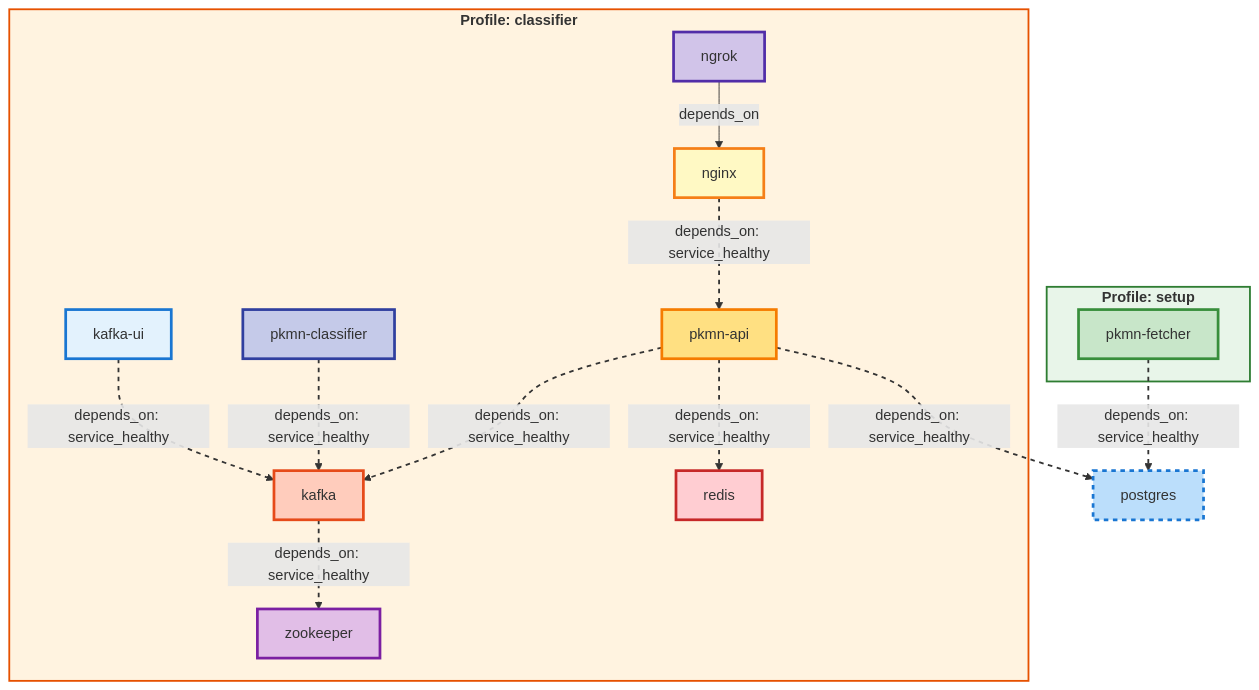
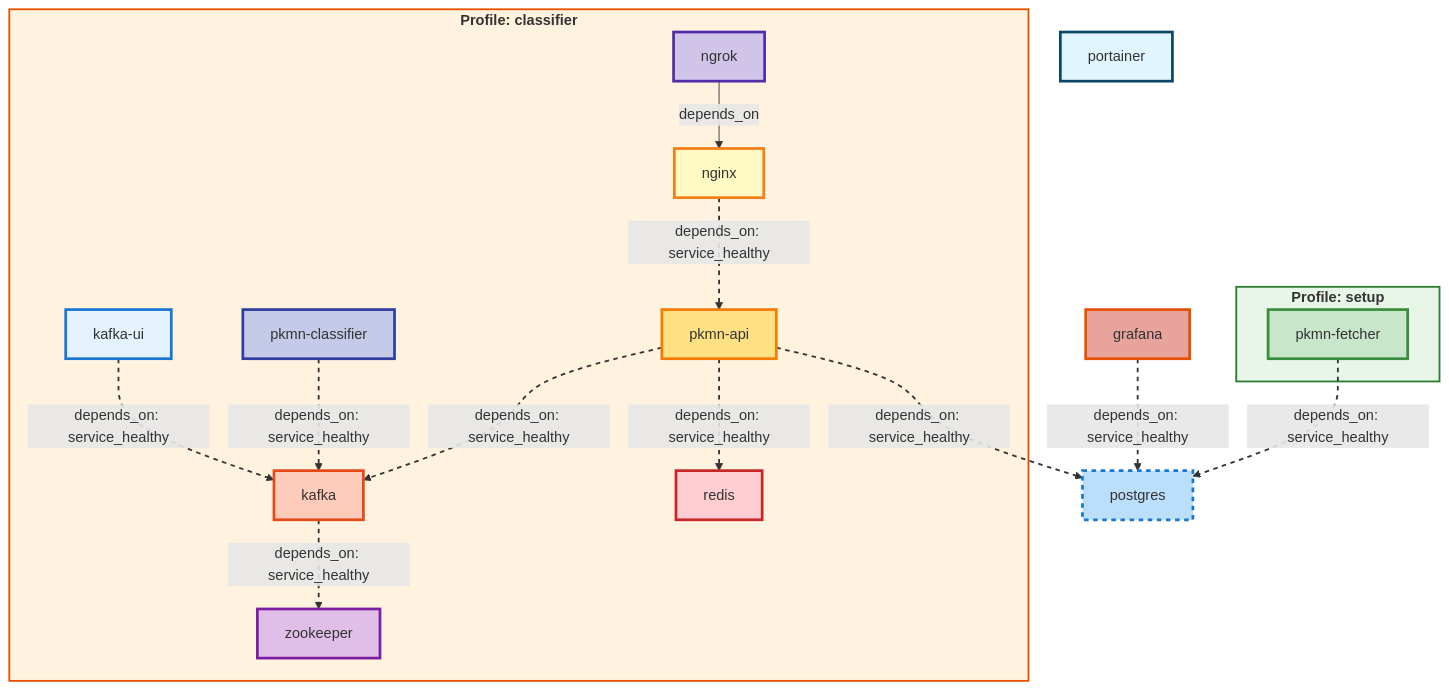
Before and after one commit to mbofos01/pokedex: the diagram in README.md, drawn with Mermaid. The commit also changed other lines of this file and 1 other file, not shown here.

````diff
--- a/README.md
+++ b/README.md
@@ -10,49 +10,56 @@
 ```mermaid
 %%{init: {"theme": "default", "themeVariables": {"background":"#ffffff"}}}%%
     graph TD
       subgraph Profile_setup[<b>Profile: setup</b>]
         pkmn-fetcher:::custom_pkmn-fetcher
       end
       subgraph Profile_classifier[<b>Profile: classifier</b>]
         zookeeper:::custom_zookeeper
         kafka:::custom_kafka
         redis:::custom_redis
         pkmn-api:::custom_pkmn-api
         pkmn-classifier:::custom_pkmn-classifier
         kafka-ui:::custom_kafka-ui
         nginx:::custom_nginx
         ngrok:::custom_ngrok
       end
       postgres:::custom_postgres
+      portainer:::custom_portainer
+      grafana:::custom_grafana
       pkmn-fetcher -->|depends_on: service_healthy| postgres
       kafka -->|depends_on: service_healthy| zookeeper
       pkmn-api -->|depends_on: service_healthy| postgres
       pkmn-api -->|depends_on: service_healthy| kafka
       pkmn-api -->|depends_on: service_healthy| redis
       pkmn-classifier -->|depends_on: service_healthy| kafka
       kafka-ui -->|depends_on: service_healthy| kafka
       nginx -->|depends_on: service_healthy| pkmn-api
       ngrok -->|depends_on| nginx
+      grafana -->|depends_on: service_healthy| postgres
       classDef profileService fill:#FFF9C4,stroke:#F57F17,stroke-width:2px;
       classDef multiProfileService fill:#FFE082,stroke:#E65100,stroke-width:3px,stroke-dasharray: 5 5;
       classDef custom_postgres fill:#BBDEFB,stroke:#1976D2,stroke-width:3px,stroke-dasharray: 5 5;
       classDef custom_pkmn-fetcher fill:#C8E6C9,stroke:#388E3C,stroke-width:3px;
       classDef custom_zookeeper fill:#E1BEE7,stroke:#7B1FA2,stroke-width:3px;
       classDef custom_kafka fill:#FFCCBC,stroke:#E64A19,stroke-width:3px;
       classDef custom_redis fill:#FFCDD2,stroke:#C62828,stroke-width:3px;
       classDef custom_pkmn-api fill:#FFE082,stroke:#F57C00,stroke-width:3px;
       classDef custom_pkmn-classifier fill:#C5CAE9,stroke:#303F9F,stroke-width:3px;
       classDef custom_kafka-ui fill:#E3F2FD,stroke:#1976D2,stroke-width:3px;
       classDef custom_nginx fill:#FFF9C4,stroke:#F57F17,stroke-width:3px;
       classDef custom_ngrok fill:#D1C4E9,stroke:#512DA8,stroke-width:3px;
+      classDef custom_portainer fill:#E1F5FE,stroke:#0c4667ff,stroke-width:3px;
+      classDef custom_grafana fill:#cc382b76,stroke:#E65100,stroke-width:3px;
       style Profile_setup fill:#E8F5E9,stroke:#2E7D32,stroke-width:2px
       style Profile_classifier fill:#FFF3E0,stroke:#E65100,stroke-width:2px
       linkStyle 0 stroke-width:2px,stroke-dasharray:5 5
       linkStyle 1 stroke-width:2px,stroke-dasharray:5 5
       linkStyle 2 stroke-width:2px,stroke-dasharray:5 5
       linkStyle 3 stroke-width:2px,stroke-dasharray:5 5
       linkStyle 4 stroke-width:2px,stroke-dasharray:5 5
       linkStyle 5 stroke-width:2px,stroke-dasharray:5 5
       linkStyle 6 stroke-width:2px,stroke-dasharray:5 5
       linkStyle 7 stroke-width:2px,stroke-dasharray:5 5
+      linkStyle 9 stroke-width:2px,stroke-dasharray:5 5
+
 ```
````
